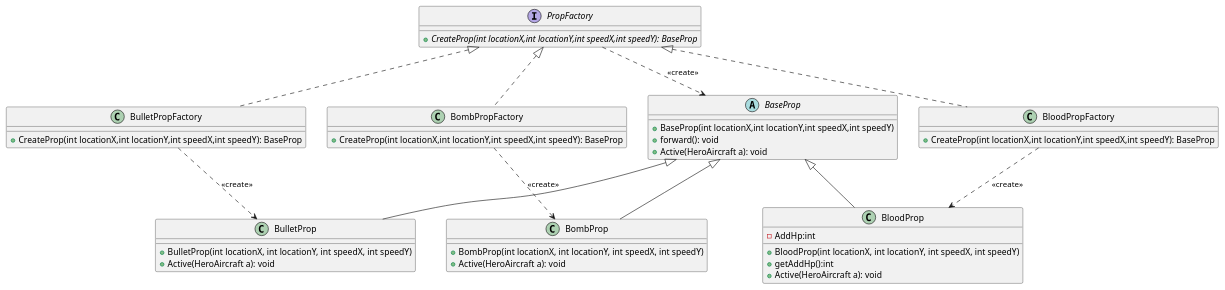
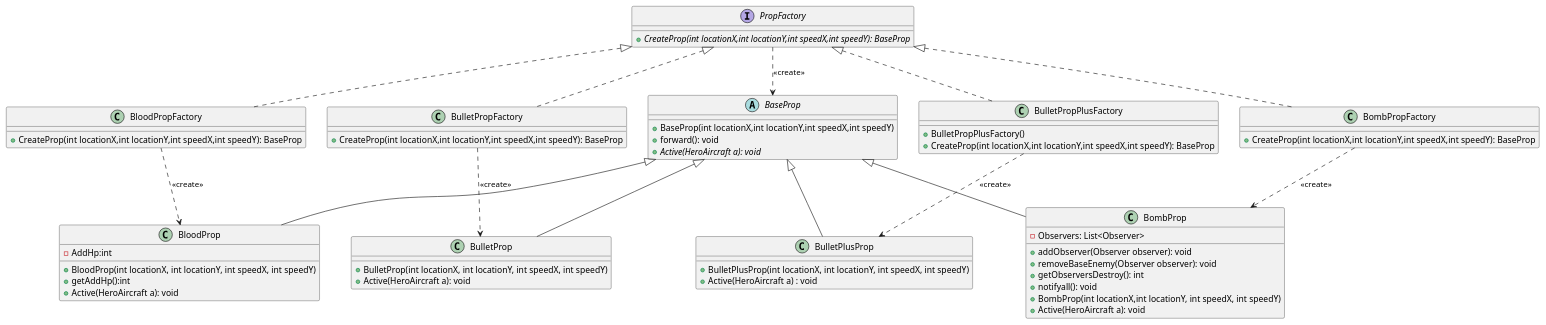
Before and after one commit to ziye26/aircraftwar: the diagram in uml/propfactory.puml, drawn with PlantUML. The commit also changed 39 other files, not shown here.

```diff
--- a/uml/propfactory.puml
+++ b/uml/propfactory.puml
@@ -1,54 +1,71 @@
 @startuml
 
 interface PropFactory {
     + {abstract} CreateProp(int locationX,int locationY,int speedX,int speedY): BaseProp
 }
 
 class BulletPropFactory {
     + CreateProp(int locationX,int locationY,int speedX,int speedY): BaseProp
+}
+
+class BulletPropPlusFactory implements PropFactory{
+    +BulletPropPlusFactory()
+    +CreateProp(int locationX,int locationY,int speedX,int speedY): BaseProp
 }
 
 class BombPropFactory {
     + CreateProp(int locationX,int locationY,int speedX,int speedY): BaseProp
 }
 
 class BloodPropFactory {
     + CreateProp(int locationX,int locationY,int speedX,int speedY): BaseProp
 }
 
 abstract class BaseProp {
     + BaseProp(int locationX,int locationY,int speedX,int speedY)
     + forward(): void
-    + Active(HeroAircraft a): void
+    + {abstract}Active(HeroAircraft a): void
 }
 
 class BloodProp {
     - AddHp:int
     + BloodProp(int locationX, int locationY, int speedX, int speedY)
     + getAddHp():int
     + Active(HeroAircraft a): void
 }
 class BombProp {
-    + BombProp(int locationX, int locationY, int speedX, int speedY)
+    -Observers: List<Observer>
+    +addObserver(Observer observer): void
+    +removeBaseEnemy(Observer observer): void
+    +getObserversDestroy(): int
+    +notifyall(): void
+    +BombProp(int locationX,int locationY, int speedX, int speedY)
     + Active(HeroAircraft a): void
 }
 class BulletProp {
     + BulletProp(int locationX, int locationY, int speedX, int speedY)
     + Active(HeroAircraft a): void
 }
+
+class BulletPlusProp extends BaseProp {
+    + BulletPlusProp(int locationX, int locationY, int speedX, int speedY)
+    + Active(HeroAircraft a) : void
+}
+
 BaseProp <|-- BombProp
 BaseProp <|-- BloodProp
 BaseProp <|-- BulletProp
 
 
 
 PropFactory <|.. BulletPropFactory
 PropFactory <|.. BombPropFactory
 PropFactory <|.. BloodPropFactory
 
 PropFactory ..> BaseProp : <<create>>
 BloodPropFactory ..> BloodProp : <<create>>
 BulletPropFactory ..> BulletProp : <<create>>
 BombPropFactory ..> BombProp : <<create>>
+BulletPropPlusFactory ..> BulletPlusProp : <<create>>
 
 @enduml
```
